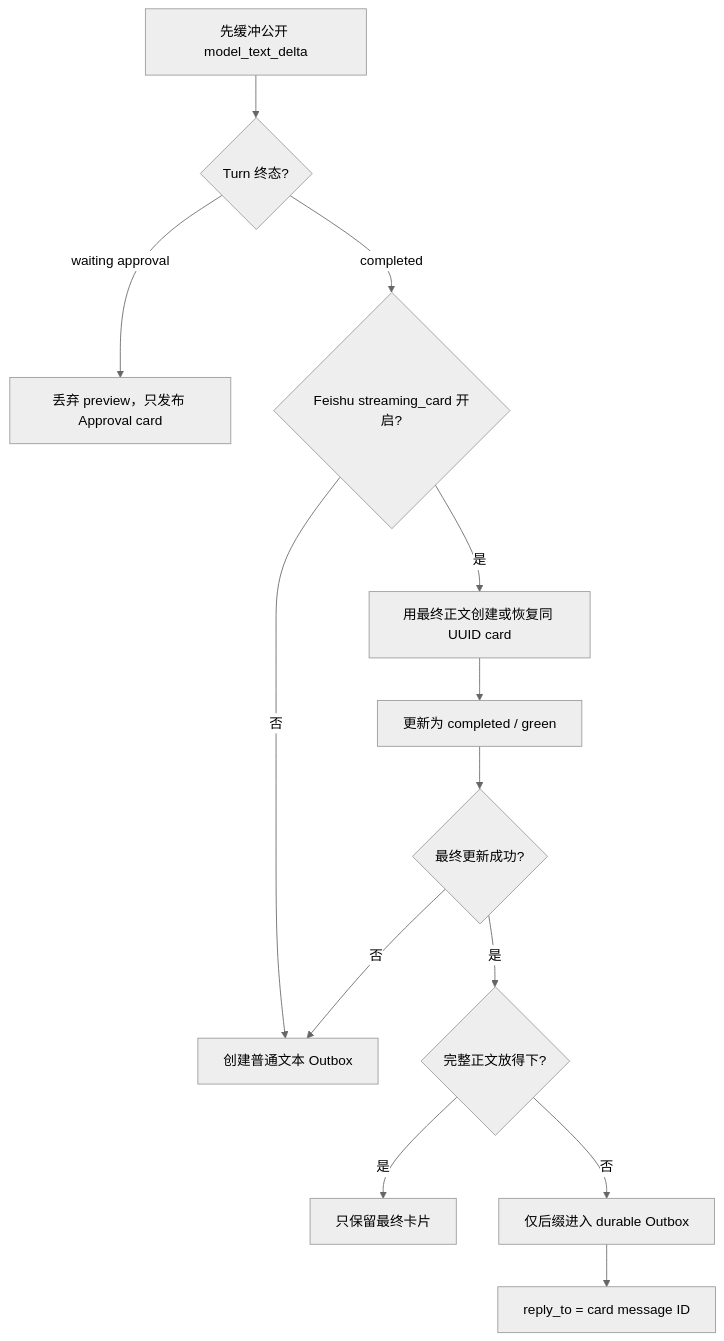
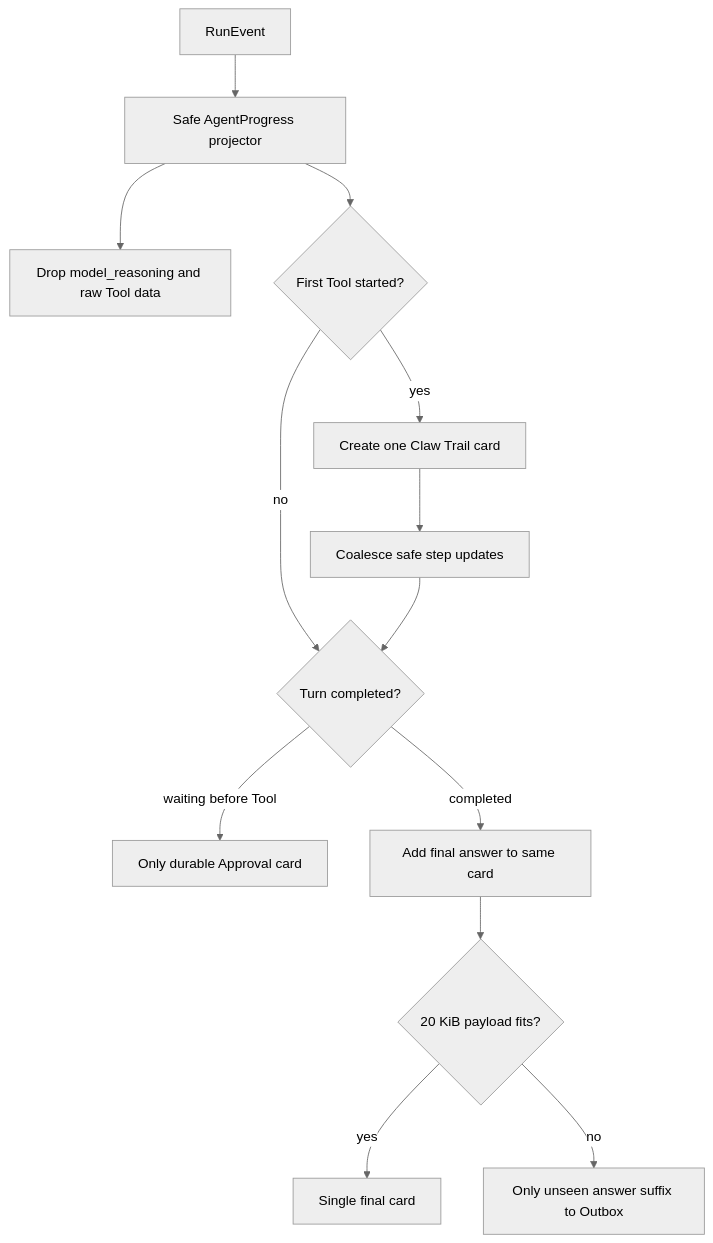
The third of 4 diagrams in docs/engineering/phase-5/feishu-single-card-and-lark-cli.md (NEDONION/lobster0), drawn with Mermaid (neutral theme) before and after one commit. The commit also changed other lines of this file and 26 other files, not shown here.

Commit message:
feat(feishu): 默认 Owner autopilot 并增加 Claw Trail 卡片

````diff
--- a/docs/engineering/phase-5/feishu-single-card-and-lark-cli.md
+++ b/docs/engineering/phase-5/feishu-single-card-and-lark-cli.md
@@ -88,15 +88,15 @@
 ```mermaid
 flowchart TD
-    START["先缓冲公开 model_text_delta"] --> RESULT{"Turn 终态?"}
-    RESULT -->|waiting approval| APPROVAL["丢弃 preview，只发布 Approval card"]
-    RESULT -->|completed| ENABLED{"Feishu streaming_card 开启?"}
-    ENABLED -->|否| TEXT["创建普通文本 Outbox"]
-    ENABLED -->|是| CREATE["用最终正文创建或恢复同 UUID card"]
-    CREATE --> FINAL["更新为 completed / green"]
-    FINAL --> OK{"最终更新成功?"}
-    OK -->|否| TEXT
-    OK -->|是| FIT{"完整正文放得下?"}
-    FIT -->|是| CARD["只保留最终卡片"]
-    FIT -->|否| TAIL["仅后缀进入 durable Outbox"]
-    TAIL --> REPLY["reply_to = card message ID"]
+    EVENT["RunEvent"] --> PROJECT["Safe AgentProgress projector"]
+    PROJECT --> REASON["Drop model_reasoning and raw Tool data"]
+    PROJECT --> START{"First Tool started?"}
+    START -->|yes| CREATE["Create one Claw Trail card"]
+    START -->|no| RESULT{"Turn completed?"}
+    CREATE --> UPDATE["Coalesce safe step updates"]
+    UPDATE --> RESULT
+    RESULT -->|waiting before Tool| APPROVAL["Only durable Approval card"]
+    RESULT -->|completed| FINAL["Add final answer to same card"]
+    FINAL --> FIT{"20 KiB payload fits?"}
+    FIT -->|yes| CARD["Single final card"]
+    FIT -->|no| TAIL["Only unseen answer suffix to Outbox"]
 ```
````
